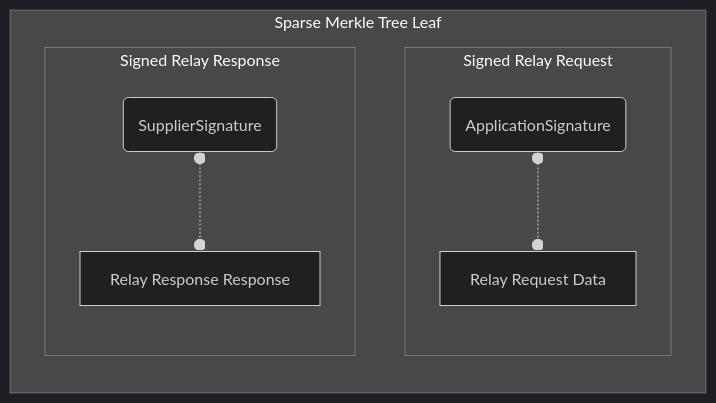
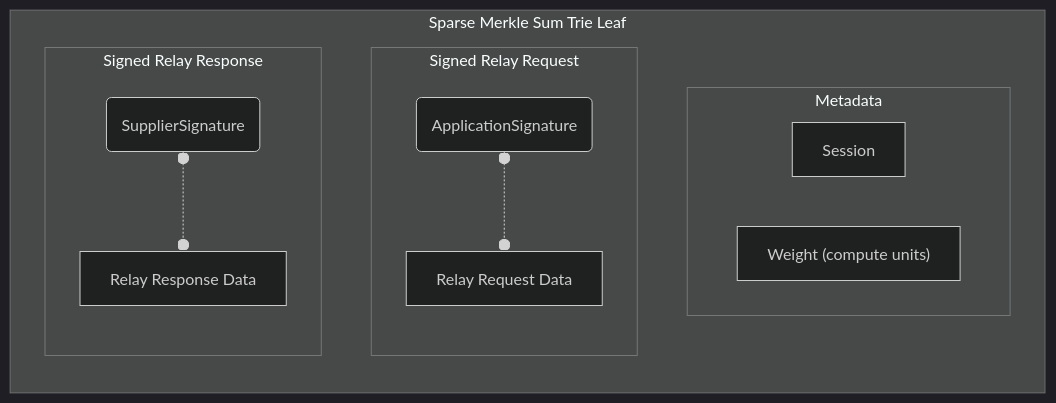
The third of 8 diagrams in docusaurus/docs/protocol/claim_and_proof_lifecycle.md (pokt-network/poktroll), drawn with Mermaid (dark theme) before and after one commit. The commit also changed other lines of this file and 3 other files, not shown here.

````diff
--- a/docusaurus/docs/protocol/claim_and_proof_lifecycle.md
+++ b/docusaurus/docs/protocol/claim_and_proof_lifecycle.md
@@ -234,18 +237,22 @@
 ```mermaid
 graph LR
-    subgraph Sparse Merkle Tree Leaf
+    subgraph Sparse Merkle Sum Trie Leaf
+        subgraph Metadata
+            S["Session"]
+            W["Weight (compute units)"]
+        end
         subgraph Signed Relay Request
             direction TB
             Req[Relay Request Data]
             AppSig(ApplicationSignature)
             AppSig o-.-o Req
         end
 
         subgraph Signed Relay Response
             direction TB
-            Res[Relay Response Response]
+            Res[Relay Response Data]
             SupSig(SupplierSignature)
             SupSig o-.-o Res
         end
     end
 ```
````
